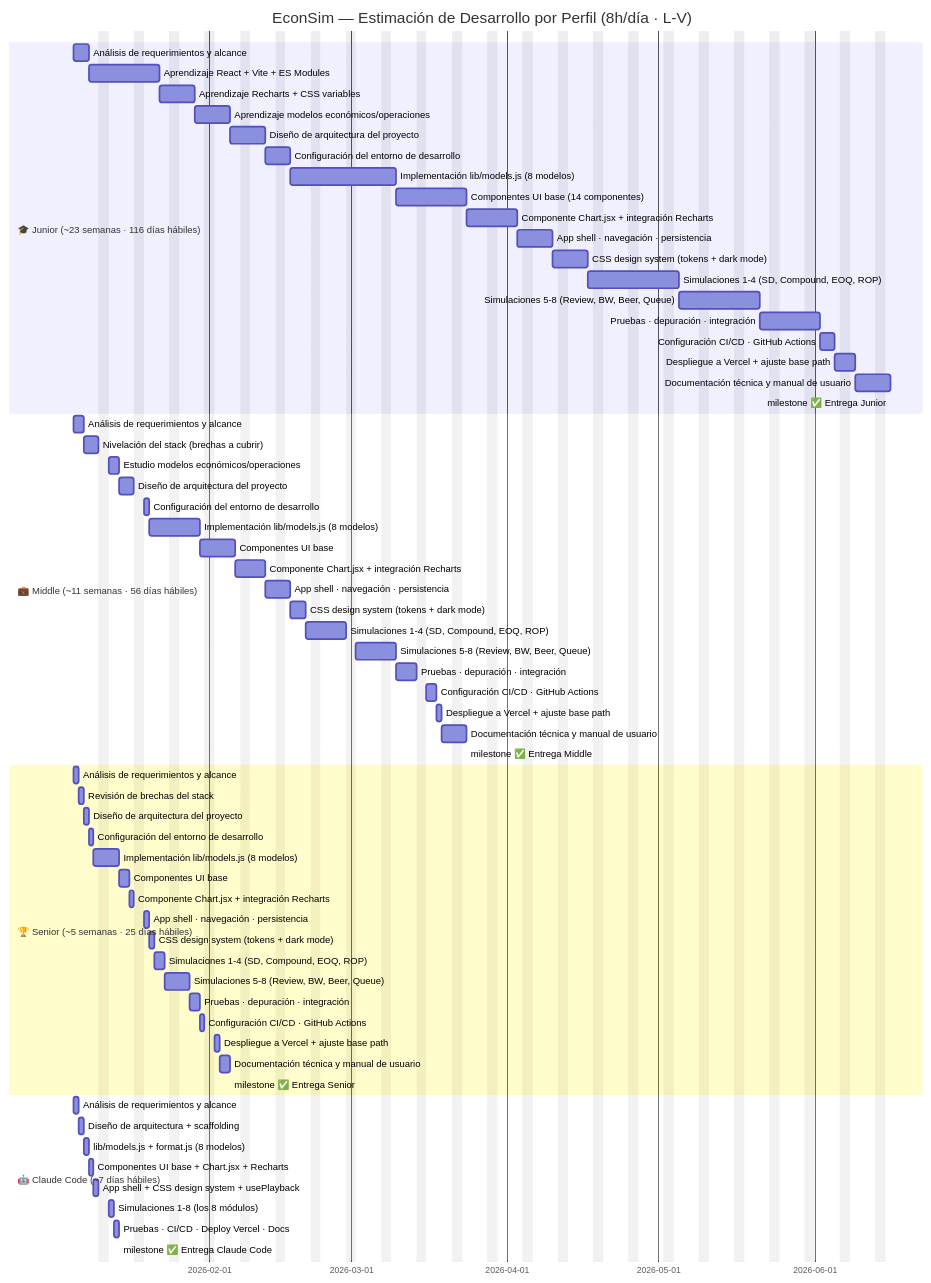
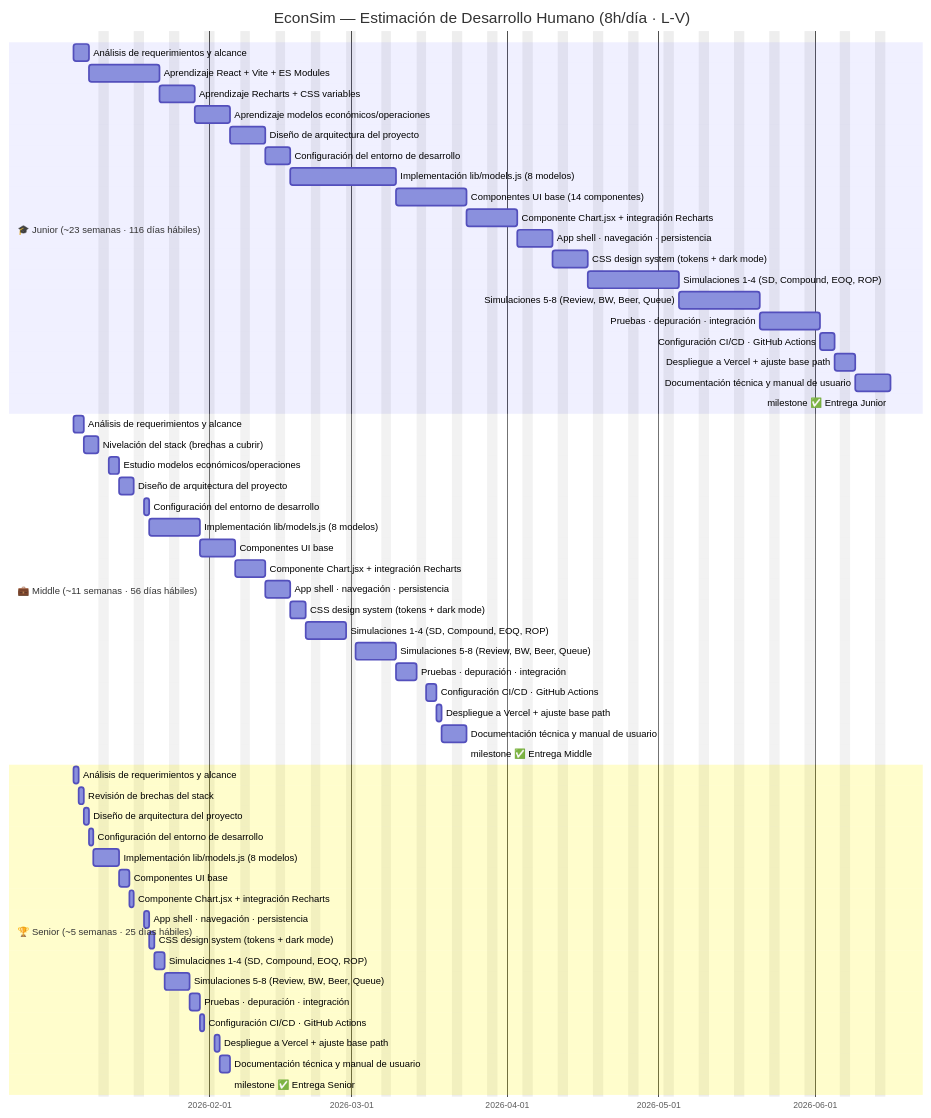
The first of 3 diagrams in docs/08-gantt-desarrollo.md (edgar-rodriguez-art/econsim), drawn with Mermaid before and after one commit. The commit also changed other lines of this file, not shown here.

First line of the commit message:
Corregir Gantt: tiempo de Claude Code en minutos reales (~131 min)

````diff
--- a/docs/08-gantt-desarrollo.md
+++ b/docs/08-gantt-desarrollo.md
@@ -11,73 +11,63 @@
 ```mermaid
 gantt
-    title EconSim — Estimación de Desarrollo por Perfil (8h/día · L-V)
+    title EconSim — Estimación de Desarrollo Humano (8h/día · L-V)
     dateFormat  YYYY-MM-DD
     excludes    weekends
 
     section 🎓 Junior  (~23 semanas · 116 días hábiles)
     Análisis de requerimientos y alcance        :j1,  2026-01-05,  3d
     Aprendizaje React + Vite + ES Modules       :j2,  after j1,   10d
     Aprendizaje Recharts + CSS variables        :j3,  after j2,    5d
     Aprendizaje modelos económicos/operaciones  :j4,  after j3,    5d
     Diseño de arquitectura del proyecto         :j5,  after j4,    5d
     Configuración del entorno de desarrollo     :j6,  after j5,    3d
     Implementación lib/models.js (8 modelos)    :j7,  after j6,   15d
     Componentes UI base (14 componentes)        :j8,  after j7,   10d
     Componente Chart.jsx + integración Recharts :j9,  after j8,    8d
     App shell · navegación · persistencia       :j10, after j9,    5d
     CSS design system (tokens + dark mode)      :j11, after j10,   5d
     Simulaciones 1-4 (SD, Compound, EOQ, ROP)  :j12, after j11,  12d
     Simulaciones 5-8 (Review, BW, Beer, Queue) :j13, after j12,  12d
     Pruebas · depuración · integración          :j14, after j13,   8d
     Configuración CI/CD · GitHub Actions        :j15, after j14,   3d
     Despliegue a Vercel + ajuste base path      :j16, after j15,   2d
     Documentación técnica y manual de usuario   :j17, after j16,   5d
     milestone ✅ Entrega Junior                  :mj,  after j17,   0d
 
     section 💼 Middle  (~11 semanas · 56 días hábiles)
     Análisis de requerimientos y alcance        :m1,  2026-01-05,  2d
     Nivelación del stack (brechas a cubrir)     :m2,  after m1,    3d
     Estudio modelos económicos/operaciones      :m3,  after m2,    2d
     Diseño de arquitectura del proyecto         :m4,  after m3,    3d
     Configuración del entorno de desarrollo     :m5,  after m4,    1d
     Implementación lib/models.js (8 modelos)    :m6,  after m5,    8d
     Componentes UI base                         :m7,  after m6,    5d
     Componente Chart.jsx + integración Recharts :m8,  after m7,    4d
     App shell · navegación · persistencia       :m9,  after m8,    3d
     CSS design system (tokens + dark mode)      :m10, after m9,    3d
     Simulaciones 1-4 (SD, Compound, EOQ, ROP)  :m11, after m10,   6d
     Simulaciones 5-8 (Review, BW, Beer, Queue) :m12, after m11,   6d
     Pruebas · depuración · integración          :m13, after m12,   4d
     Configuración CI/CD · GitHub Actions        :m14, after m13,   2d
     Despliegue a Vercel + ajuste base path      :m15, after m14,   1d
     Documentación técnica y manual de usuario   :m16, after m15,   3d
     milestone ✅ Entrega Middle                  :mm,  after m16,   0d
 
     section 🏆 Senior  (~5 semanas · 25 días hábiles)
     Análisis de requerimientos y alcance        :s1,  2026-01-05,  1d
     Revisión de brechas del stack               :s2,  after s1,    1d
     Diseño de arquitectura del proyecto         :s3,  after s2,    1d
     Configuración del entorno de desarrollo     :s4,  after s3,    1d
     Implementación lib/models.js (8 modelos)    :s5,  after s4,    3d
     Componentes UI base                         :s6,  after s5,    2d
     Componente Chart.jsx + integración Recharts :s7,  after s6,    1d
     App shell · navegación · persistencia       :s8,  after s7,    1d
     CSS design system (tokens + dark mode)      :s9,  after s8,    1d
     Simulaciones 1-4 (SD, Compound, EOQ, ROP)  :s10, after s9,    2d
     Simulaciones 5-8 (Review, BW, Beer, Queue) :s11, after s10,   3d
     Pruebas · depuración · integración          :s12, after s11,   2d
     Configuración CI/CD · GitHub Actions        :s13, after s12,   1d
     Despliegue a Vercel + ajuste base path      :s14, after s13,   1d
     Documentación técnica y manual de usuario   :s15, after s14,   2d
     milestone ✅ Entrega Senior                  :ms,  after s15,   0d
-
-    section 🤖 Claude Code  (~7 días hábiles)
-    Análisis de requerimientos y alcance        :c1,  2026-01-05,  1d
-    Diseño de arquitectura + scaffolding        :c2,  after c1,    1d
-    lib/models.js + format.js (8 modelos)       :c3,  after c2,    1d
-    Componentes UI base + Chart.jsx + Recharts  :c4,  after c3,    1d
-    App shell + CSS design system + usePlayback :c5,  after c4,    1d
-    Simulaciones 1-8 (los 8 módulos)            :c6,  after c5,    1d
-    Pruebas · CI/CD · Deploy Vercel · Docs      :c7,  after c6,    1d
-    milestone ✅ Entrega Claude Code             :mc,  after c7,    0d
 ```
````
